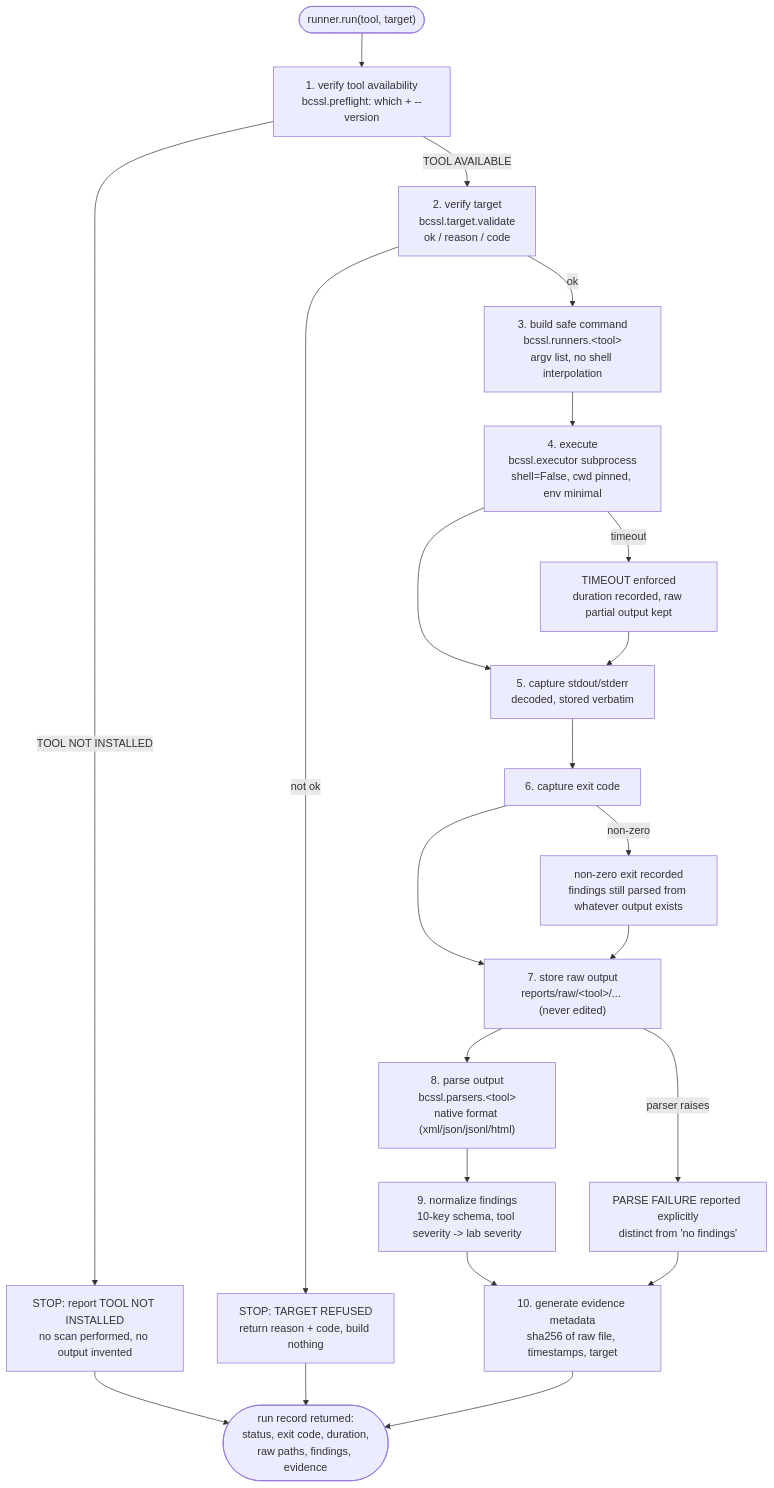
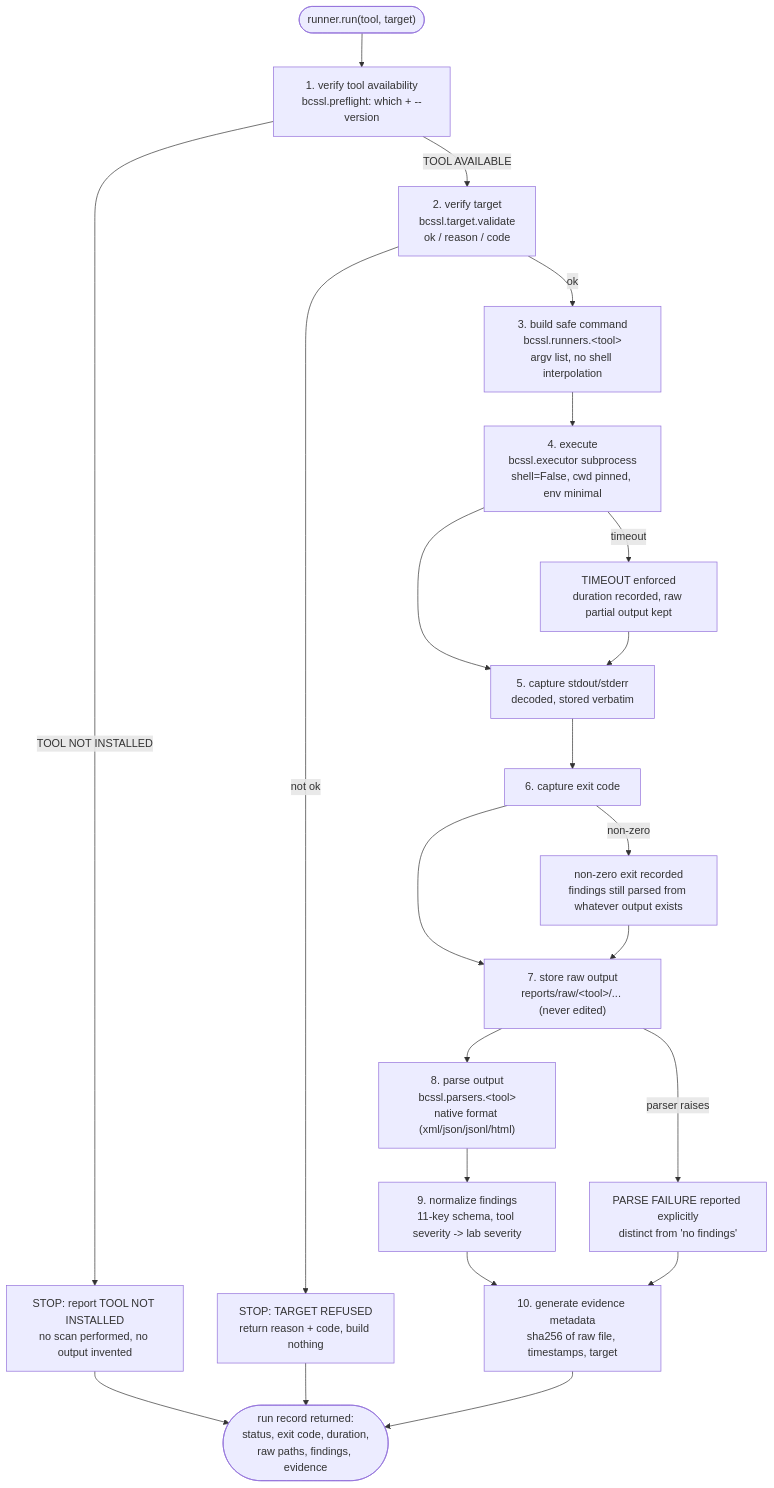
The second of 2 diagrams in docs/architecture.md (DevaSaiNandiniMandapalli/BCSSL-Cybersecurity-Assessment-Lab), drawn with Mermaid before and after one commit. The commit also changed other lines of this file and 31 other files, not shown here.

````diff
--- a/docs/architecture.md
+++ b/docs/architecture.md
@@ -72,26 +128,26 @@
 ```mermaid
 flowchart TD
     S0(["runner.run(tool, target)"]) --> S1["1. verify tool availability<br/>bcssl.preflight: which + --version"]
     S1 -->|TOOL NOT INSTALLED| X1["STOP: report TOOL NOT INSTALLED<br/>no scan performed, no output invented"]
     S1 -->|TOOL AVAILABLE| S2["2. verify target<br/>bcssl.target.validate<br/>ok / reason / code"]
     S2 -->|not ok| X2["STOP: TARGET REFUSED<br/>return reason + code, build nothing"]
     S2 -->|ok| S3["3. build safe command<br/>bcssl.runners.&lt;tool&gt;<br/>argv list, no shell interpolation"]
     S3 --> S4["4. execute<br/>bcssl.executor subprocess<br/>shell=False, cwd pinned, env minimal"]
     S4 --> S5["5. capture stdout/stderr<br/>decoded, stored verbatim"]
     S5 --> S6["6. capture exit code"]
     S6 --> S7["7. store raw output<br/>reports/raw/&lt;tool&gt;/... (never edited)"]
     S7 --> S8["8. parse output<br/>bcssl.parsers.&lt;tool&gt;<br/>native format (xml/json/jsonl/html)"]
-    S8 --> S9["9. normalize findings<br/>10-key schema, tool severity -> lab severity"]
+    S8 --> S9["9. normalize findings<br/>11-key schema, tool severity -> lab severity"]
     S9 --> S10["10. generate evidence metadata<br/>sha256 of raw file, timestamps, target"]
 
     S4 -->|timeout| TO["TIMEOUT enforced<br/>duration recorded, raw partial output kept"]
     TO --> S5
     S6 -->|non-zero| NZ["non-zero exit recorded<br/>findings still parsed from whatever output exists"]
     NZ --> S7
     S7 -->|parser raises| PF2["PARSE FAILURE reported explicitly<br/>distinct from 'no findings'"]
     PF2 --> S10
     S10 --> OUT(["run record returned:<br/>status, exit code, duration,<br/>raw paths, findings, evidence"])
 
     X1 --> OUT
     X2 --> OUT
 ```
````
